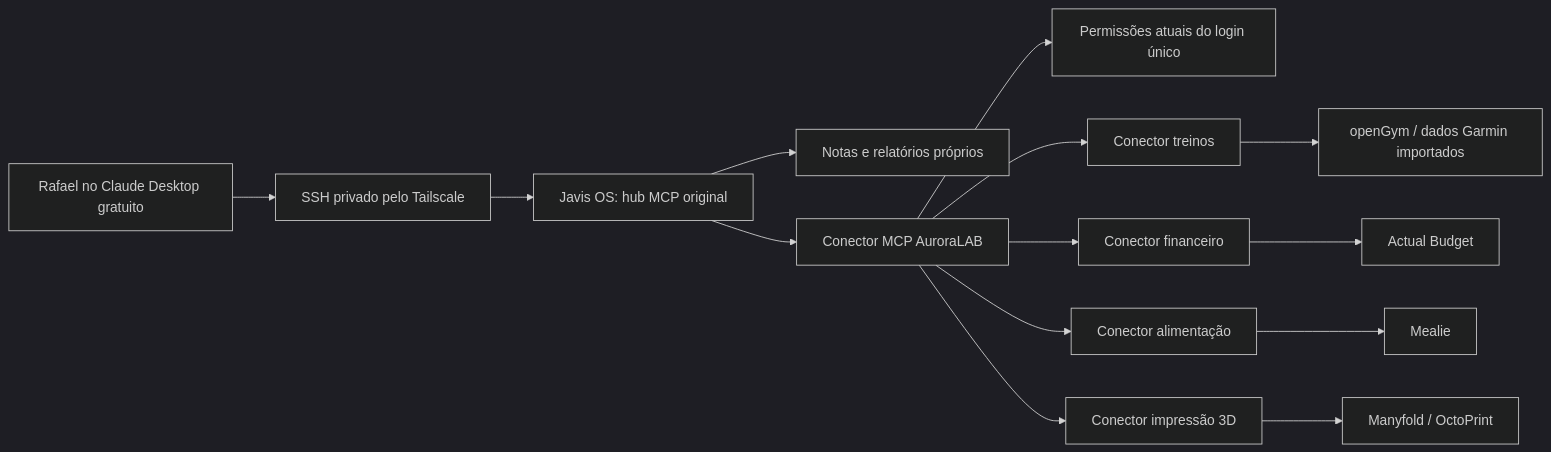
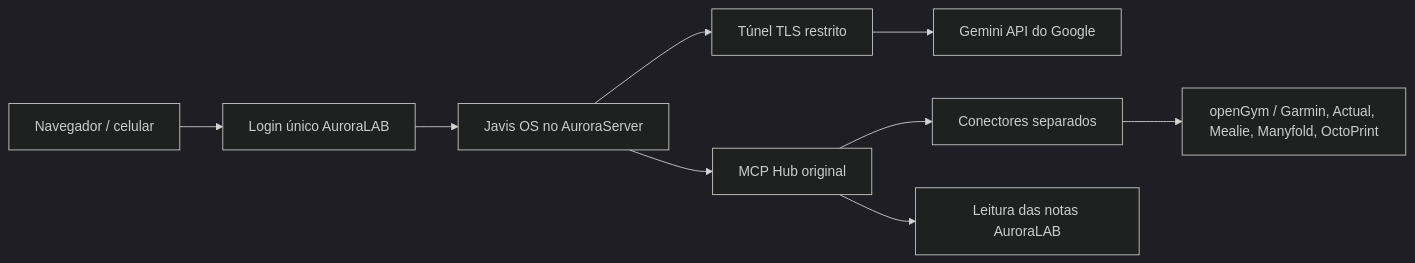
One commit to marlima10/aurora-lab changed the diagram in docs/JAVIS.md. Above: the diagram before and after it, drawn with Mermaid (dark theme). The commit also changed other lines of this file and 17 other files, not shown here.

Commit message:
feat: AuroraLAB 35.0.0 - Gemini no Javis do servidor, sem dependência do Claude Desktop

````diff
--- a/docs/JAVIS.md
+++ b/docs/JAVIS.md
@@ -9,16 +5,11 @@
 ```mermaid
 flowchart LR
-  U[Rafael no Claude Desktop gratuito] --> S[SSH privado pelo Tailscale]
-  S --> J[Javis OS: hub MCP original]
-  J --> N[Notas e relatórios próprios]
-  J --> M[Conector MCP AuroraLAB]
-  M --> A[Permissões atuais do login único]
-  M --> F[Conector treinos]
-  M --> B[Conector financeiro]
-  M --> R[Conector alimentação]
-  M --> P[Conector impressão 3D]
-  F --> G[openGym / dados Garmin importados]
-  B --> AB[Actual Budget]
-  R --> ME[Mealie]
-  P --> MM[Manyfold / OctoPrint]
+ B[Navegador / celular] --> S[Login único AuroraLAB]
+ S --> J[Javis OS no AuroraServer]
+ J --> E[Túnel TLS restrito]
+ E --> G[Gemini API do Google]
+ J --> H[MCP Hub original]
+ H --> C[Conectores separados]
+ C --> A[openGym / Garmin, Actual, Mealie, Manyfold, OctoPrint]
+ H --> N[Leitura das notas AuroraLAB]
 ```
````
